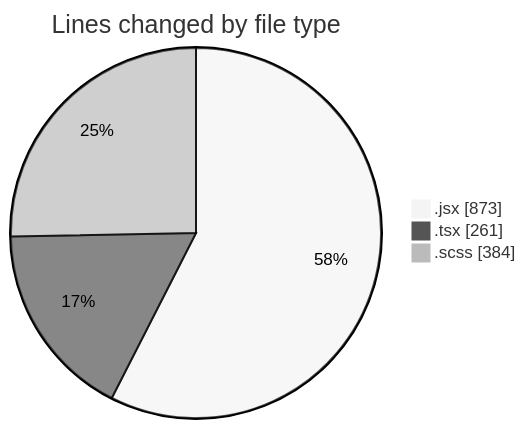
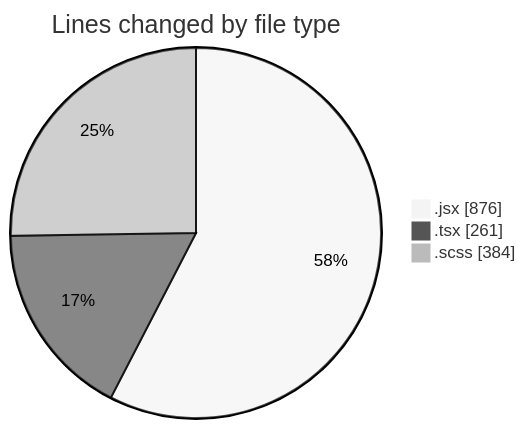
One commit to momahboobian/code-tracking changed the first of 2 diagrams in 2026-02-11/cda/README.md. Above: the diagram before and after it, drawn with Mermaid (neutral theme). The commit also changed other lines of this file and 1 other file, not shown here.

````diff
--- a/2026-02-11/cda/README.md
+++ b/2026-02-11/cda/README.md
@@ -26,7 +26,7 @@
 ```mermaid
 pie showData
 title Lines changed by file type
-".jsx" : 873
+".jsx" : 876
 ".tsx" : 261
 ".scss" : 384
 ```
````
